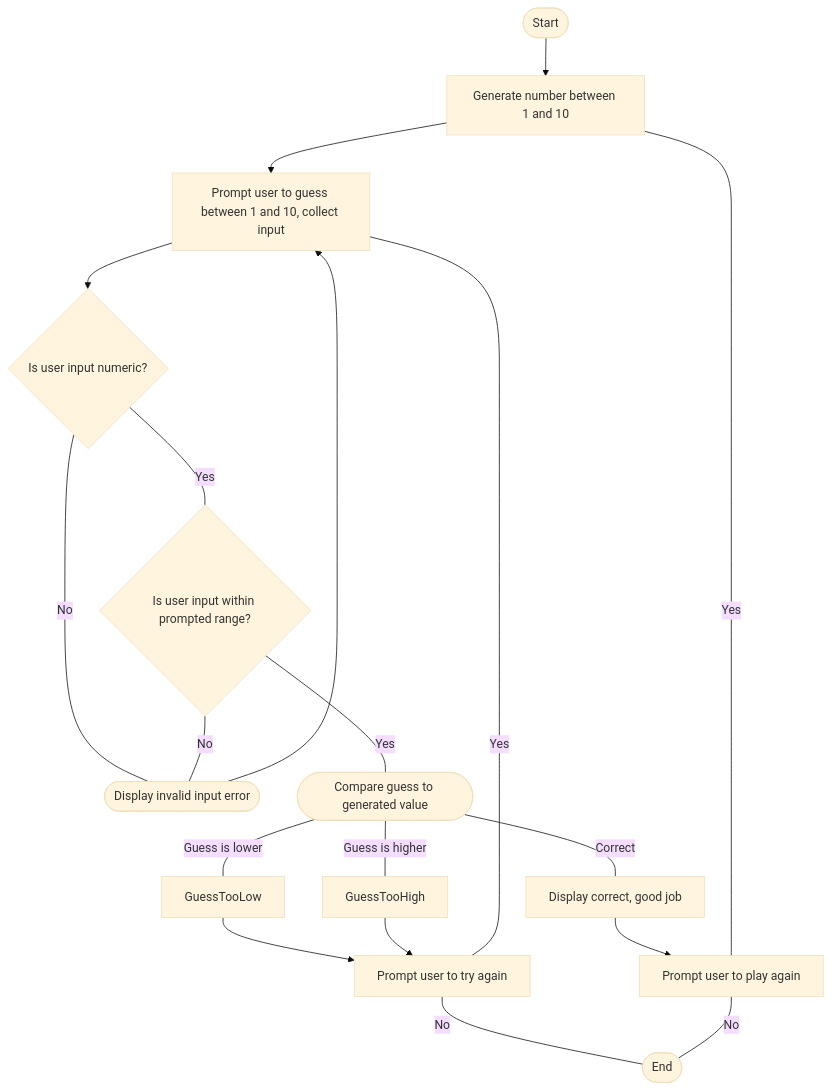
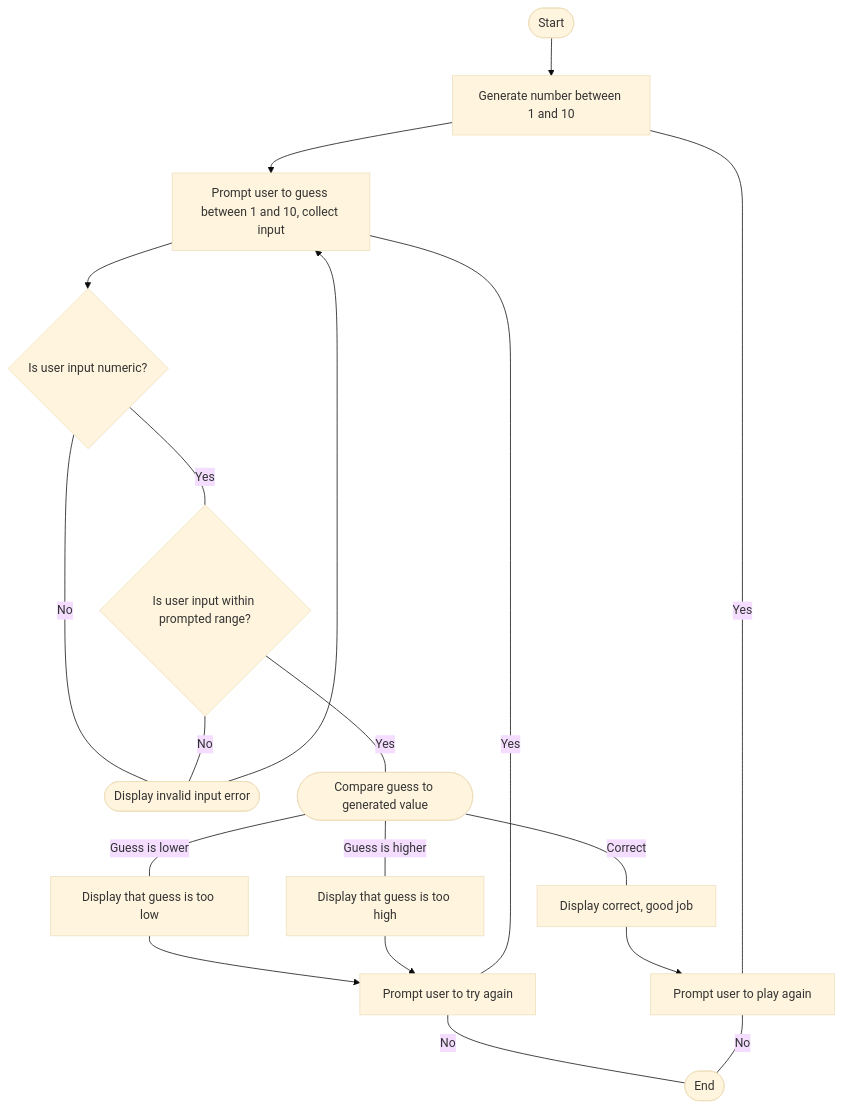
Before and after one commit to jsbaynard/jsbaynard.github.io: the diagram in Guessing.md, drawn with Mermaid (base theme). The commit also changed other lines of this file, not shown here.

````diff
--- a/Guessing.md
+++ b/Guessing.md
@@ -1,37 +1,39 @@
 ```mermaid
 flowchart TD
     Start([Start])
     GenerateRandom[Generate number between 1 and 10]
     PromptUser[Prompt user to guess between 1 and 10, collect input]
     EnsureNumeric{Is user input numeric?}
     EnsureWithinGuessBounds{Is user input within prompted range?}
     InvalidInput([Display invalid input error])
     TryAgainPrompt[Prompt user to try again]
     PlayAgainPrompt[Prompt user to play again]
     CheckGuess([Compare guess to generated value])
     GuessCorrect[Display correct, good job]
+    GuessTooLow[Display that guess is too low]
+    GuessTooHigh[Display that guess is too high]
     End([End])
 
     Start --> GenerateRandom --> PromptUser --> EnsureNumeric
     InvalidInput --> PromptUser
 
     EnsureNumeric ---|Yes| EnsureWithinGuessBounds
     EnsureNumeric ---|No| InvalidInput
 
     EnsureWithinGuessBounds ---|No|InvalidInput
     EnsureWithinGuessBounds ---|Yes|CheckGuess
     
 
     CheckGuess ---|Correct|GuessCorrect --> PlayAgainPrompt
     CheckGuess ---|Guess is lower|GuessTooLow
     CheckGuess ---|Guess is higher|GuessTooHigh
 
     GuessTooLow --> TryAgainPrompt
     GuessTooHigh --> TryAgainPrompt
 
     TryAgainPrompt ---|Yes|PromptUser
     TryAgainPrompt ---|No|End
 
     PlayAgainPrompt ---|Yes|GenerateRandom
     PlayAgainPrompt ---|No|End
 ```
````
